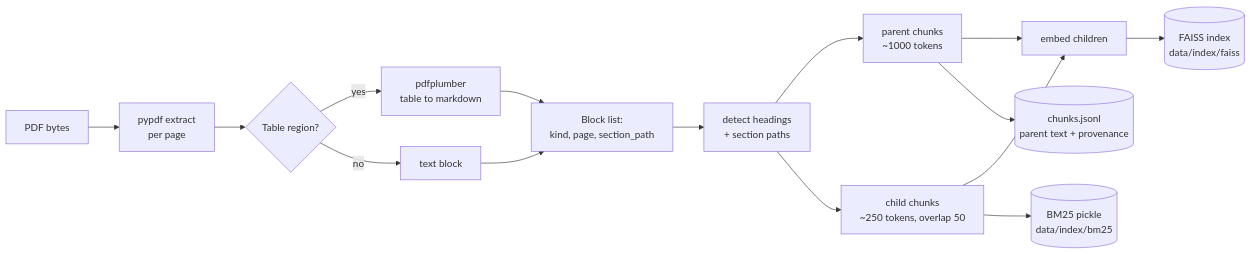
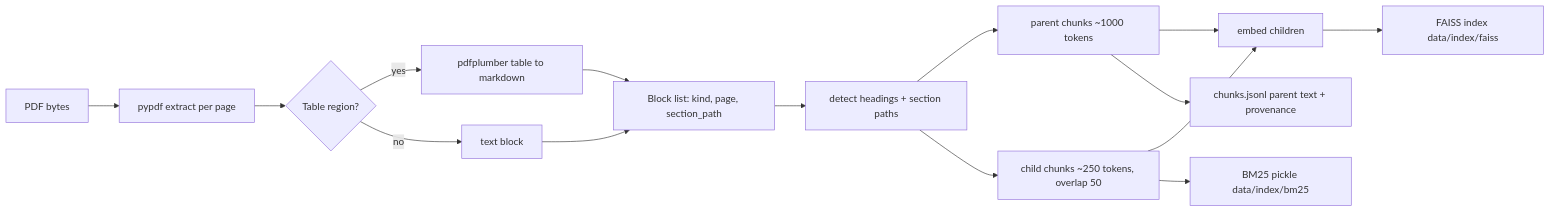
Before and after one commit to donyelqt/IsipFin: the first of 2 diagrams in docs/ARCHITECTURE.md, drawn with Mermaid. The commit also changed other lines of this file, not shown here.

Commit message:
refactor: improve mermaid diagram syntax for clarity in ARCHITECTURE.md

````diff
--- a/docs/ARCHITECTURE.md
+++ b/docs/ARCHITECTURE.md
@@ -30,17 +30,17 @@
 ```mermaid
 flowchart LR
-    PDF[PDF bytes] --> Parse[pypdf extract<br/>per page]
-    Parse --> Tables{Table region?}
-    Tables -- yes --> TPL[pdfplumber<br/>table to markdown]
-    Tables -- no --> TXT[text block]
-    TPL --> Blocks[Block list:<br/>kind, page, section_path]
+    PDF["PDF bytes"] --> Parse["pypdf extract per page"]
+    Parse --> Tables{"Table region?"}
+    Tables -- yes --> TPL["pdfplumber table to markdown"]
+    Tables -- no --> TXT["text block"]
+    TPL --> Blocks["Block list: kind, page, section_path"]
     TXT --> Blocks
-    Blocks --> Headings[detect headings<br/>+ section paths]
-    Headings --> Parents[parent chunks<br/>~1000 tokens]
-    Headings --> Children[child chunks<br/>~250 tokens, overlap 50]
-    Parents --> Embed[embed children]
+    Blocks --> Headings["detect headings + section paths"]
+    Headings --> Parents["parent chunks ~1000 tokens"]
+    Headings --> Children["child chunks ~250 tokens, overlap 50"]
+    Parents --> Embed["embed children"]
     Children --> Embed
-    Embed --> FAISS[(FAISS index<br/>data/index/faiss)]
-    Children --> BM25[(BM25 pickle<br/>data/index/bm25)]
-    Parents --> Meta[(chunks.jsonl<br/>parent text + provenance)]
+    Embed --> FAISS["FAISS index data/index/faiss"]
+    Children --> BM25["BM25 pickle data/index/bm25"]
+    Parents --> Meta["chunks.jsonl parent text + provenance"]
 ```
````
